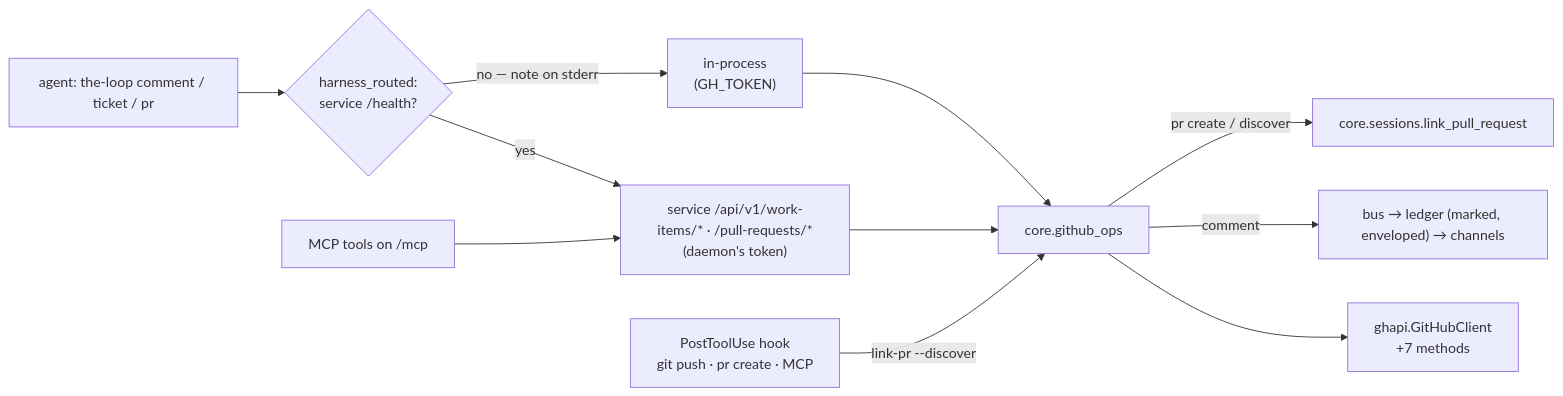
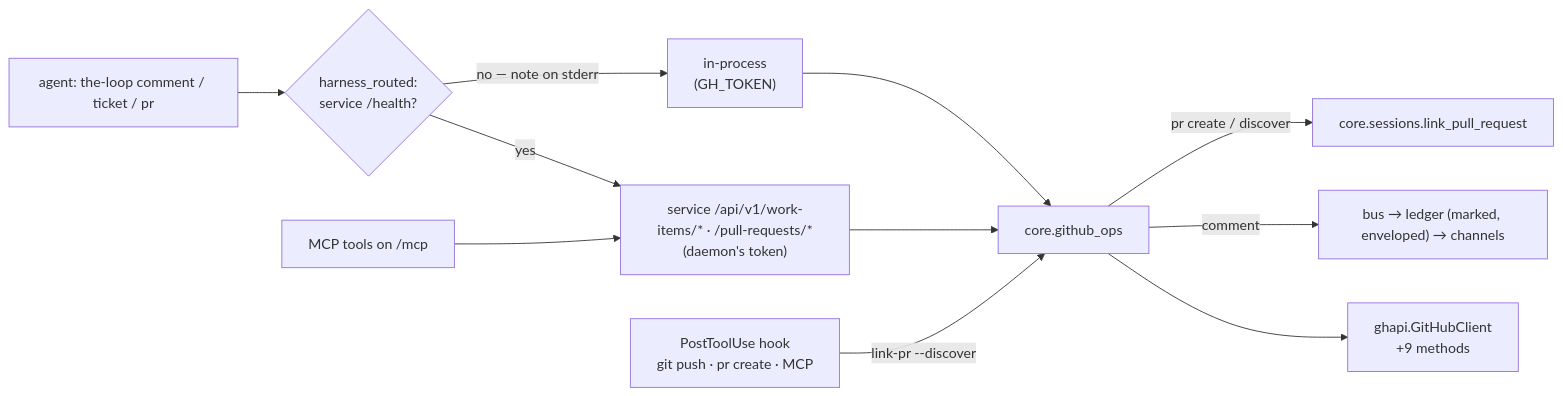
The diagram in docs/specs/issue-447/evidence/reviewer-briefing.md (MadaraUchiha-314/the-loop), drawn with Mermaid before and after one commit. The commit also changed other lines of this file, not shown here.

Commit message:
docs(issue-447): briefing reflects the owner's round
Claude-Session: https://claude.ai/code/session_012J6zzGABarM5EytJhcrE4H

````diff
--- a/docs/specs/issue-447/evidence/reviewer-briefing.md
+++ b/docs/specs/issue-447/evidence/reviewer-briefing.md
@@ -59,13 +59,13 @@
 ```mermaid
 flowchart LR
   A["agent: the-loop comment / ticket / pr"] --> R{"harness_routed:<br/>service /health?"}
   R -->|yes| S["service /api/v1/work-items/* · /pull-requests/*<br/>(daemon's token)"]
   R -->|no — note on stderr| L["in-process<br/>(GH_TOKEN)"]
   M["MCP tools on /mcp"] --> S
   S --> C["core.github_ops"]
   L --> C
-  C --> G["ghapi.GitHubClient<br/>+7 methods"]
+  C --> G["ghapi.GitHubClient<br/>+9 methods"]
   C -->|comment| B["bus → ledger (marked, enveloped) → channels"]
   C -->|pr create / discover| K["core.sessions.link_pull_request"]
   H["PostToolUse hook<br/>git push · pr create · MCP"] -->|"link-pr --discover"| C
 ```
````
